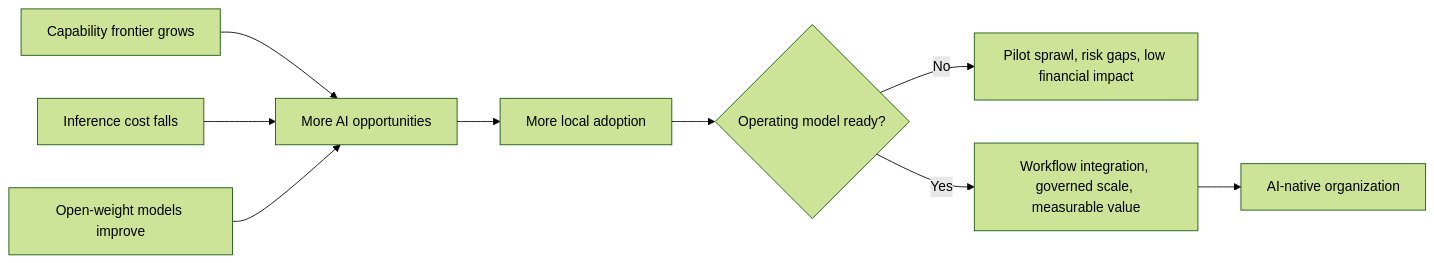
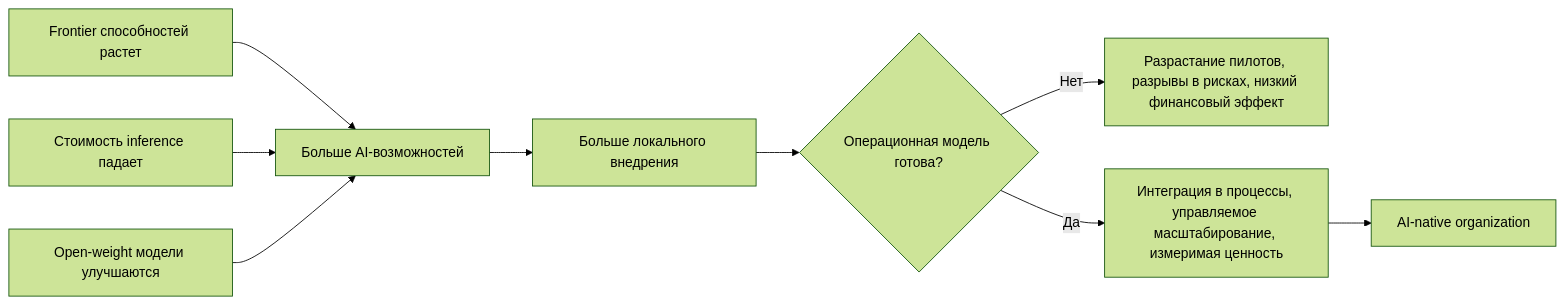
The first of 2 diagrams in Frameworks/ai-transformation/stanford-hai-ai-index-report-2025.md (VladimirSemenyuk/KnowledgeOS), drawn with Mermaid (forest theme) before and after one commit. The commit also changed other lines of this file and 3 other files, not shown here.

````diff
--- a/Frameworks/ai-transformation/stanford-hai-ai-index-report-2025.md
+++ b/Frameworks/ai-transformation/stanford-hai-ai-index-report-2025.md
@@ -325,11 +325,11 @@
 ```mermaid
 flowchart LR
-    A["Capability frontier grows"] --> D["More AI opportunities"]
-    B["Inference cost falls"] --> D
-    C["Open-weight models improve"] --> D
-    D --> E["More local adoption"]
-    E --> F{"Operating model ready?"}
-    F -- "No" --> G["Pilot sprawl, risk gaps, low financial impact"]
-    F -- "Yes" --> H["Workflow integration, governed scale, measurable value"]
+    A["Frontier способностей растет"] --> D["Больше AI-возможностей"]
+    B["Стоимость inference падает"] --> D
+    C["Open-weight модели улучшаются"] --> D
+    D --> E["Больше локального внедрения"]
+    E --> F{"Операционная модель готова?"}
+    F -- "Нет" --> G["Разрастание пилотов, разрывы в рисках, низкий финансовый эффект"]
+    F -- "Да" --> H["Интеграция в процессы, управляемое масштабирование, измеримая ценность"]
     H --> I["AI-native organization"]
 ```
````
